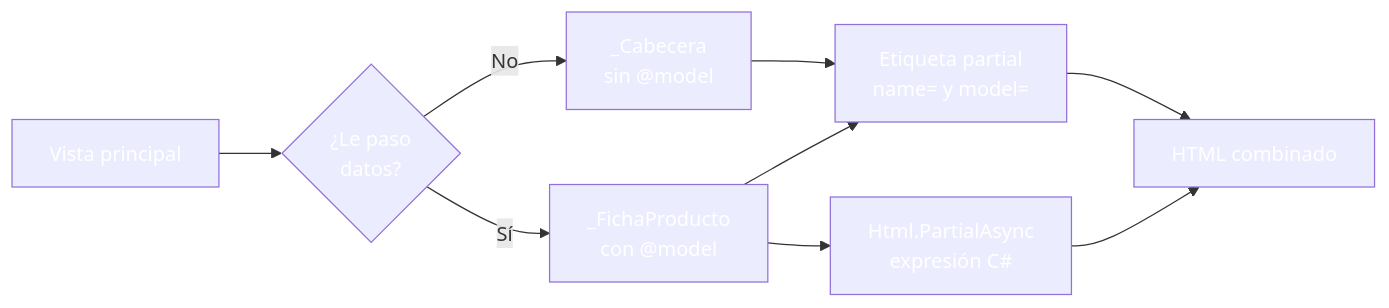
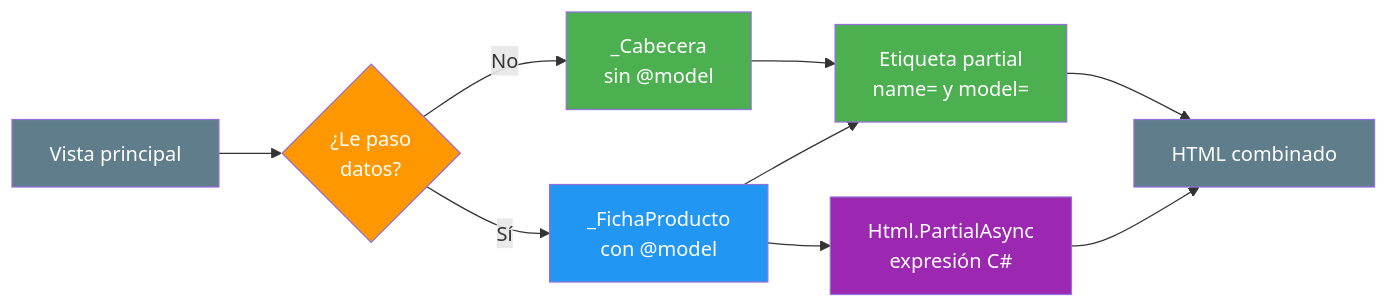
One commit to joseluisgs/DesarrolloWebEntornosServidor-03-2026-2027 changed the third of 5 diagrams in 05-layouts-partials-componentes.md. Above: the diagram before and after it, drawn with Mermaid. The commit also changed other lines of this file and 25 other files, not shown here.

Commit message:
docs: corregir los estilos Mermaid de los temas y alinear el dominio del tema 25 con ProductosApp

````diff
--- a/05-layouts-partials-componentes.md
+++ b/05-layouts-partials-componentes.md
@@ -373,19 +373,19 @@
 ```mermaid
 graph LR
     A["Vista principal"] --> B{"¿Le paso<br/>datos?"}
     B -->|No| C["_Cabecera<br/>sin @model"]
     B -->|Sí| D["_FichaProducto<br/>con @model"]
     C --> E["Etiqueta partial<br/>name= y model="]
     D --> E
     D --> F["Html.PartialAsync<br/>expresión C#"]
     E --> G["HTML combinado"]
     F --> G
 
-    style A fill:#607D8,color:#fffB,color:#fff
-    style B fill:#FF980,color:#fff0,color:#fff
-    style C fill:#4CAF5,color:#fff0,color:#fff
-    style D fill:#2196F,color:#fff3,color:#fff
-    style E fill:#4CAF5,color:#fff0,color:#fff
-    style F fill:#9C27B,color:#fff0,color:#fff
-    style G fill:#607D8,color:#fffB,color:#fff
+    style A fill:#607D8B,color:#fff
+    style B fill:#FF9800,color:#fff
+    style C fill:#4CAF50,color:#fff
+    style D fill:#2196F3,color:#fff
+    style E fill:#4CAF50,color:#fff
+    style F fill:#9C27B0,color:#fff
+    style G fill:#607D8B,color:#fff
 ```
````
